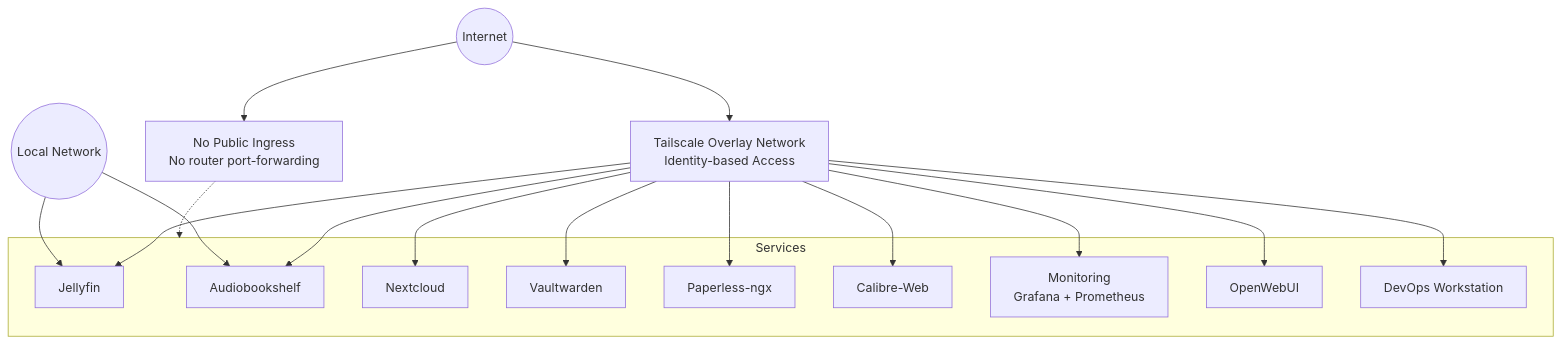
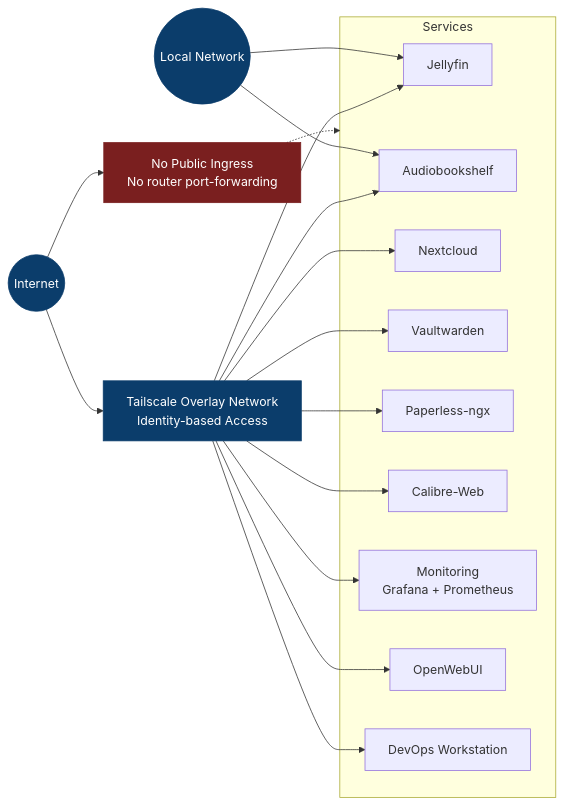
One commit to sohanreddyk/homelab-server-architecture changed the diagram in docs/architecture/exposure-diagram.md. Above: the diagram before and after it, drawn with Mermaid. The commit also changed other lines of this file and 3 other files, not shown here.

````diff
--- a/docs/architecture/exposure-diagram.md
+++ b/docs/architecture/exposure-diagram.md
@@ -5,42 +8,47 @@
 ```mermaid
-flowchart TB
+flowchart LR
 
   Internet((Internet))
   LAN((Local Network))
   TS[Tailscale Overlay Network<br/>Identity-based Access]
   NoPublic[No Public Ingress<br/>No router port-forwarding]
 
   %% Internet access model
   Internet --> TS
   Internet --> NoPublic
 
   %% No direct exposure
   NoPublic -.-> Services
 
   subgraph Services
     Jellyfin[Jellyfin]
     ABS[Audiobookshelf]
     Nextcloud[Nextcloud]
     Vaultwarden[Vaultwarden]
     Paperless[Paperless-ngx]
     CalibreWeb[Calibre-Web]
     Monitoring[Monitoring<br/>Grafana + Prometheus]
     OpenWebUI[OpenWebUI]
     DevOps[DevOps Workstation]
   end
 
   %% LAN exposure (media only)
   LAN --> Jellyfin
   LAN --> ABS
 
   %% Tailscale exposure (all services)
   TS --> Jellyfin
   TS --> ABS
   TS --> Nextcloud
   TS --> Paperless
   TS --> Vaultwarden
   TS --> CalibreWeb
   TS --> Monitoring
   TS --> DevOps
   TS --> OpenWebUI
+
+  classDef access fill:#0b3d6b,stroke:#0b3d6b,color:#ffffff
+  classDef blocked fill:#7a1f1f,stroke:#7a1f1f,color:#ffffff
+  class Internet,LAN,TS access
+  class NoPublic blocked
 ```
````
